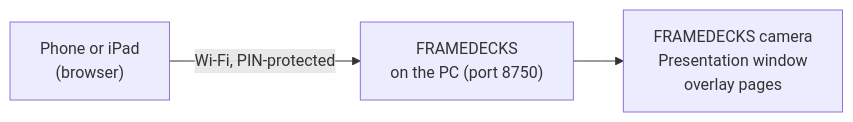
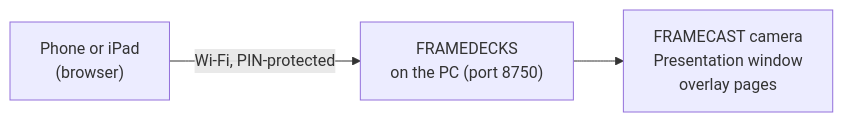
Before and after one commit to mshobin/FrameDecks: the diagram in docs/remote-control.md, drawn with Mermaid. The commit also changed other lines of this file and 54 other files, not shown here.

First line of the commit message:
Camera named FRAMECAST; release notes build fixed and rewritten

````diff
--- a/docs/remote-control.md
+++ b/docs/remote-control.md
@@ -27,5 +27,5 @@
 ```mermaid
 flowchart LR
   Phone["Phone or iPad<br/>(browser)"] -- "Wi-Fi, PIN-protected" --> PC["FRAMEDECKS<br/>on the PC (port 8750)"]
-  PC --> Out["FRAMEDECKS camera<br/>Presentation window<br/>overlay pages"]
+  PC --> Out["FRAMECAST camera<br/>Presentation window<br/>overlay pages"]
 ```
````
